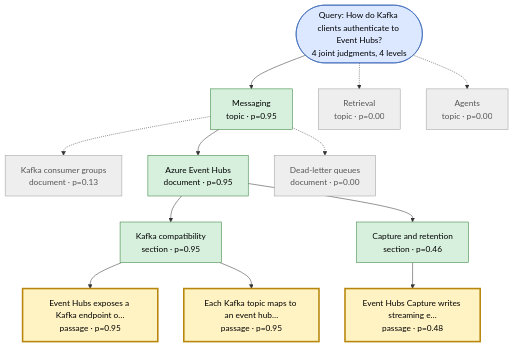
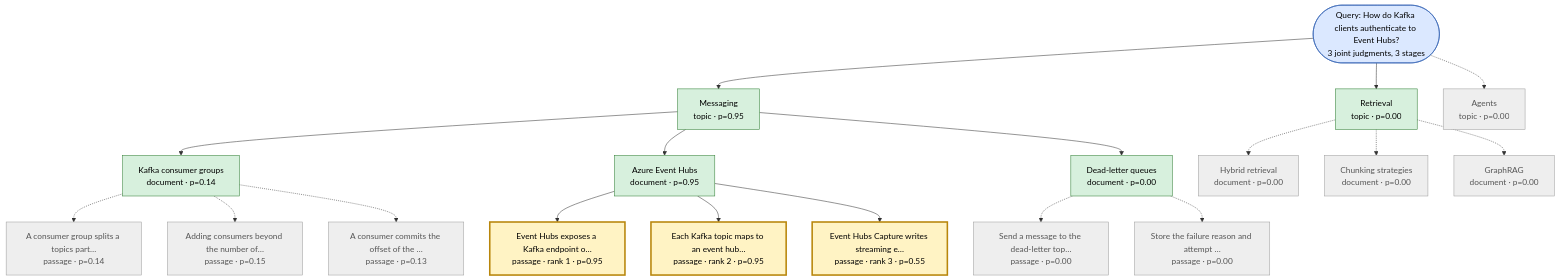
Before and after one commit to biswajitNanda223/AgentVerse: the diagram in agents/decision_rag/docs/diagrams/10-trace-kafka-event-hubs.mmd, drawn with Mermaid. The commit also changed 43 other files, not shown here.

First line of the commit message:
feat(decision_rag): follow the paper's Figure 2 pipeline (screen docs, score passages, optional choice rerank)

```diff
--- a/agents/decision_rag/docs/diagrams/10-trace-kafka-event-hubs.mmd
+++ b/agents/decision_rag/docs/diagrams/10-trace-kafka-event-hubs.mmd
@@ -1,32 +1,44 @@
 flowchart TD
-  n0(["Query: How do Kafka clients authenticate to Event Hubs?<br/>4 joint judgments, 4 levels"])
+  n0(["Query: How do Kafka clients authenticate to Event Hubs?<br/>3 joint judgments, 3 stages"])
   n1["Messaging<br/>topic · p=0.95"]
   n2["Retrieval<br/>topic · p=0.00"]
   n3["Agents<br/>topic · p=0.00"]
-  n4["Kafka consumer groups<br/>document · p=0.13"]
+  n4["Kafka consumer groups<br/>document · p=0.14"]
   n5["Azure Event Hubs<br/>document · p=0.95"]
   n6["Dead-letter queues<br/>document · p=0.00"]
-  n7["Kafka compatibility<br/>section · p=0.95"]
-  n8["Capture and retention<br/>section · p=0.46"]
-  n9["Event Hubs exposes a Kafka endpoint o…<br/>passage · p=0.95"]
-  n10["Each Kafka topic maps to an event hub…<br/>passage · p=0.95"]
-  n11["Event Hubs Capture writes streaming e…<br/>passage · p=0.48"]
+  n7["Hybrid retrieval<br/>document · p=0.00"]
+  n8["Chunking strategies<br/>document · p=0.00"]
+  n9["GraphRAG<br/>document · p=0.00"]
+  n10["Event Hubs exposes a Kafka endpoint o…<br/>passage · rank 1 · p=0.95"]
+  n11["Each Kafka topic maps to an event hub…<br/>passage · rank 2 · p=0.95"]
+  n12["Event Hubs Capture writes streaming e…<br/>passage · rank 3 · p=0.55"]
+  n13["A consumer group splits a topics part…<br/>passage · p=0.14"]
+  n14["Adding consumers beyond the number of…<br/>passage · p=0.15"]
+  n15["A consumer commits the offset of the …<br/>passage · p=0.13"]
+  n16["Send a message to the dead-letter top…<br/>passage · p=0.00"]
+  n17["Store the failure reason and attempt …<br/>passage · p=0.00"]
   n0 --> n1
-  n0 -.-> n2
+  n0 --> n2
   n0 -.-> n3
-  n1 -.-> n4
+  n1 --> n4
   n1 --> n5
-  n1 -.-> n6
-  n5 --> n7
-  n5 --> n8
-  n7 --> n9
-  n7 --> n10
-  n8 --> n11
+  n1 --> n6
+  n2 -.-> n7
+  n2 -.-> n8
+  n2 -.-> n9
+  n5 --> n10
+  n5 --> n11
+  n5 --> n12
+  n4 -.-> n13
+  n4 -.-> n14
+  n4 -.-> n15
+  n6 -.-> n16
+  n6 -.-> n17
   classDef kept fill:#d7f0dd,stroke:#2e7d32,color:#000
   classDef pruned fill:#eeeeee,stroke:#9e9e9e,color:#555
   classDef answer fill:#fff3c4,stroke:#b8860b,stroke-width:3px,color:#000
   classDef root fill:#dbe8ff,stroke:#2f5fb3,color:#000
   class n0 root
-  class n1,n5,n7,n8 kept
-  class n2,n3,n4,n6 pruned
-  class n9,n10,n11 answer
+  class n1,n2,n4,n5,n6 kept
+  class n3,n7,n8,n9,n13,n14,n15,n16,n17 pruned
+  class n10,n11,n12 answer
```
